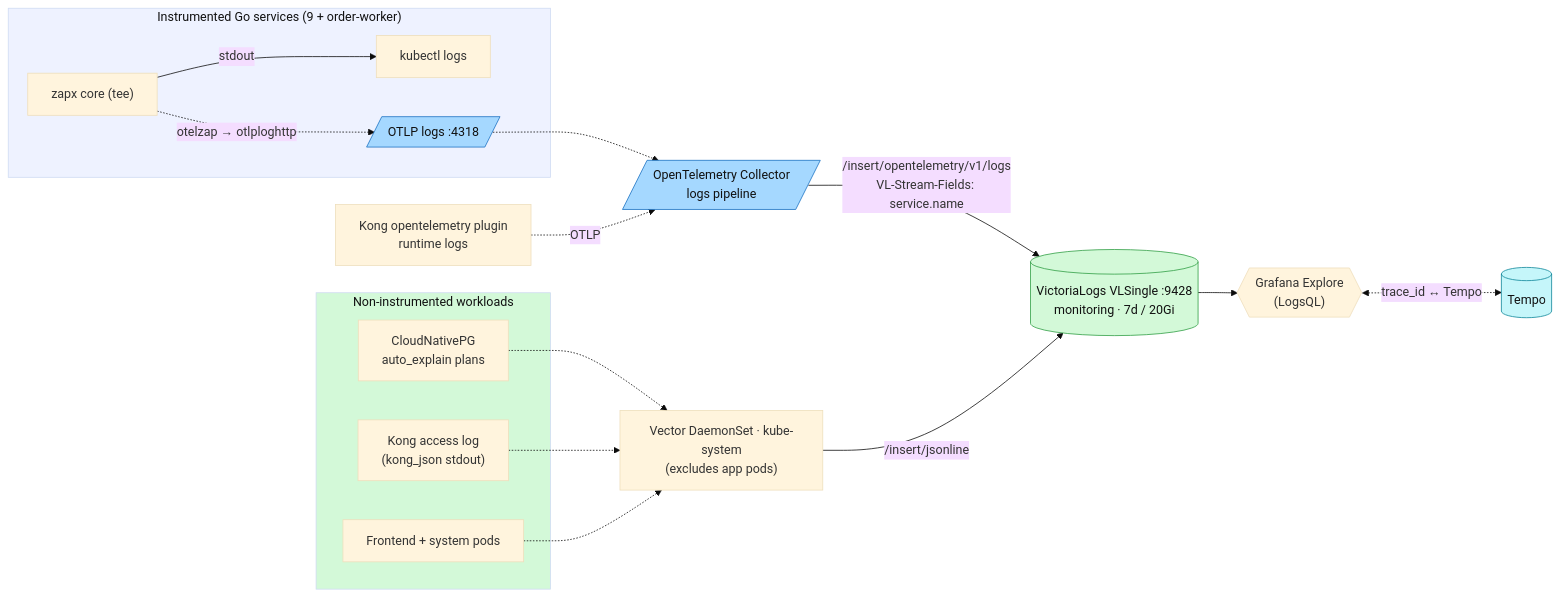
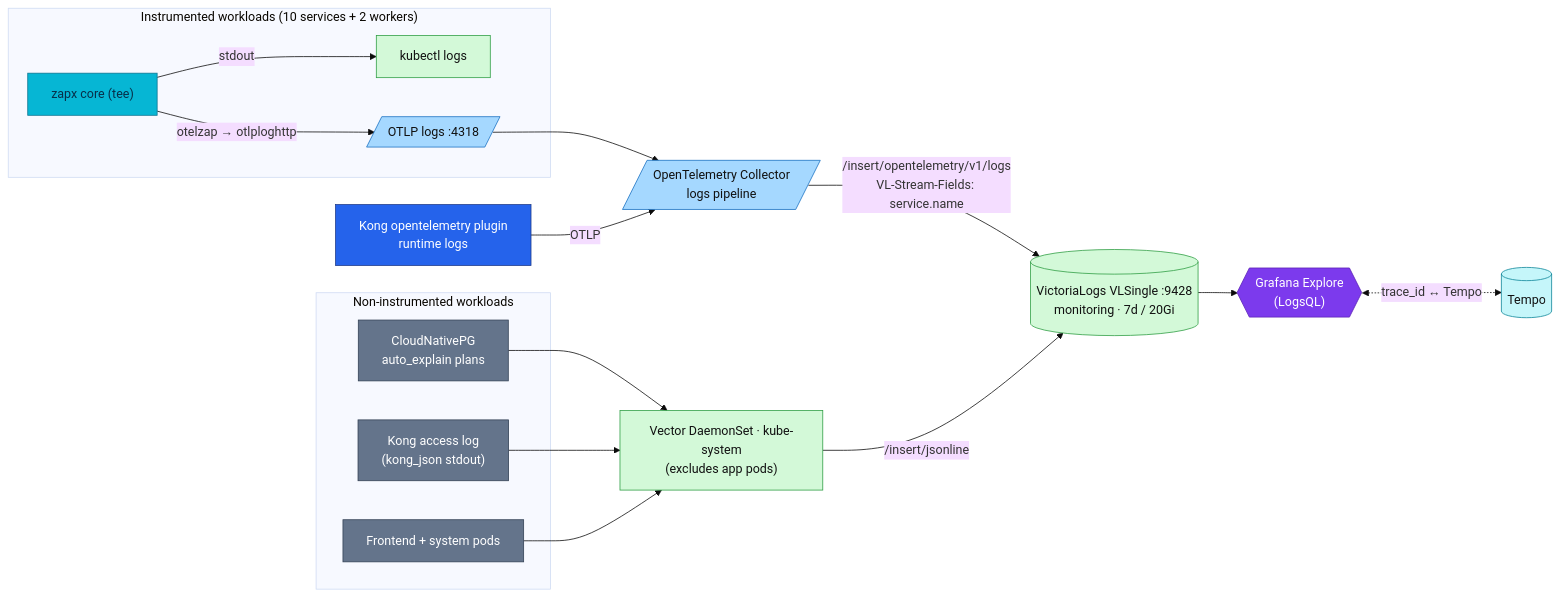
The diagram in docs/observability/logging/README.md (duynhlab/homelab), drawn with Mermaid (base theme) before and after one commit. The commit also changed other lines of this file and 33 other files, not shown here.

First line of the commit message:
Refresh observability diagrams (#516)

````diff
--- a/docs/observability/logging/README.md
+++ b/docs/observability/logging/README.md
@@ -56,30 +58,37 @@
 ```mermaid
 flowchart LR
-    subgraph apps["Instrumented Go services (9 + order-worker)"]
+    subgraph apps["Instrumented workloads (10 services + 2 workers)"]
         Z["zapx core (tee)"]
         Z -->|stdout| KLOGS["kubectl logs"]
-        Z -.->|"otelzap → otlploghttp"| OTLP
+        Z -->|"otelzap → otlploghttp"| OTLP
     end
     subgraph infra["Non-instrumented workloads"]
         CNPG["CloudNativePG<br/>auto_explain plans"]
         KONG["Kong access log<br/>(kong_json stdout)"]
         FE["Frontend + system pods"]
     end
-    OTLP[/"OTLP logs :4318"/] -.-> COL[/"OpenTelemetry Collector<br/>logs pipeline"/]
-    CNPG -.-> VEC["Vector DaemonSet · kube-system<br/>(excludes app pods)"]
-    KONG -.-> VEC
-    FE -.-> VEC
-    KONGRT["Kong opentelemetry plugin<br/>runtime logs"] -.->|OTLP| COL
+    OTLP[/"OTLP logs :4318"/] --> COL[/"OpenTelemetry Collector<br/>logs pipeline"/]
+    CNPG --> VEC["Vector DaemonSet · kube-system<br/>(excludes app pods)"]
+    KONG --> VEC
+    FE --> VEC
+    KONGRT["Kong opentelemetry plugin<br/>runtime logs"] -->|OTLP| COL
     COL -->|"/insert/opentelemetry/v1/logs<br/>VL-Stream-Fields: service.name"| VL[("VictoriaLogs VLSingle :9428<br/>monitoring · 7d / 20Gi")]
     VEC -->|"/insert/jsonline"| VL
     VL --> GRAF{{"Grafana Explore<br/>(LogsQL)"}}
     GRAF <-. "trace_id ↔ Tempo" .-> TEMPO[("Tempo")]
-    classDef otc fill:#a5d8ff,stroke:#1971c2,color:#111;
-    classDef log fill:#d3f9d8,stroke:#2f9e44,color:#111;
-    classDef trace fill:#c5f6fa,stroke:#0c8599,color:#111;
-    class OTLP,COL otc;
+    classDef collector fill:#a5d8ff,color:#111,stroke:#1971c2;
+    classDef log fill:#d3f9d8,color:#111,stroke:#2f9e44;
+    classDef trace fill:#c5f6fa,color:#111,stroke:#0c8599;
+    class OTLP,COL collector;
     class VL log;
     class TEMPO trace;
-    style apps fill:#eef2ff,color:#111;
-    style infra fill:#d3f9d8,color:#111;
+    classDef service fill:#06b6d4,color:#082f49,stroke:#0e7490;
+    classDef edge fill:#2563eb,color:#fff,stroke:#1e3a8a;
+    classDef external fill:#64748b,color:#fff,stroke:#334155;
+    classDef platform fill:#7c3aed,color:#fff,stroke:#5b21b6;
+    class Z service;
+    class CNPG,KONG,FE external;
+    class KONGRT edge;
+    class VEC,KLOGS log;
+    class GRAF platform;
 ```
````
